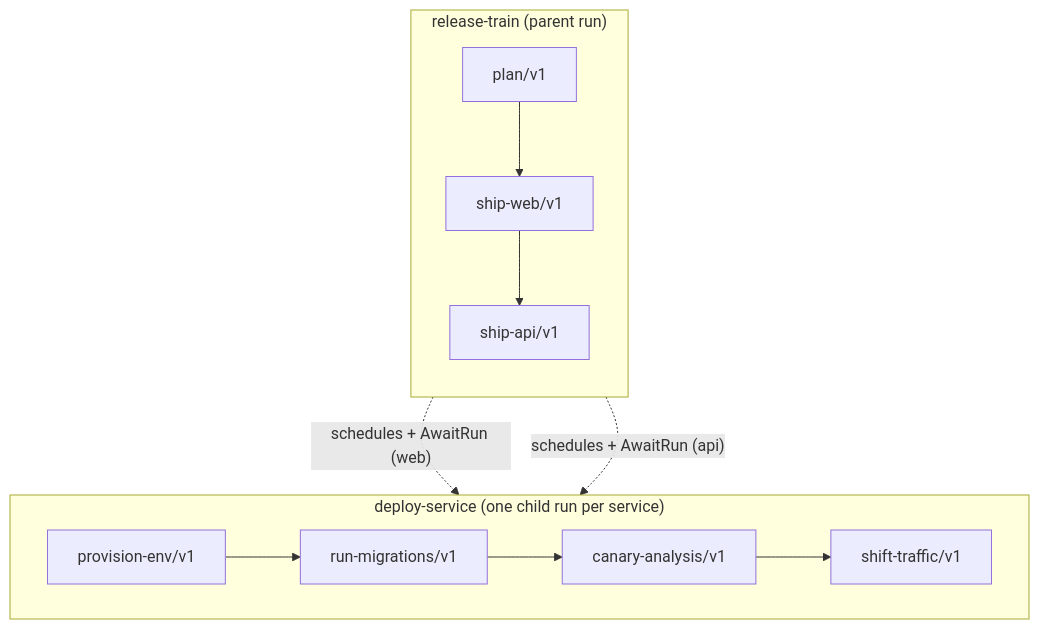
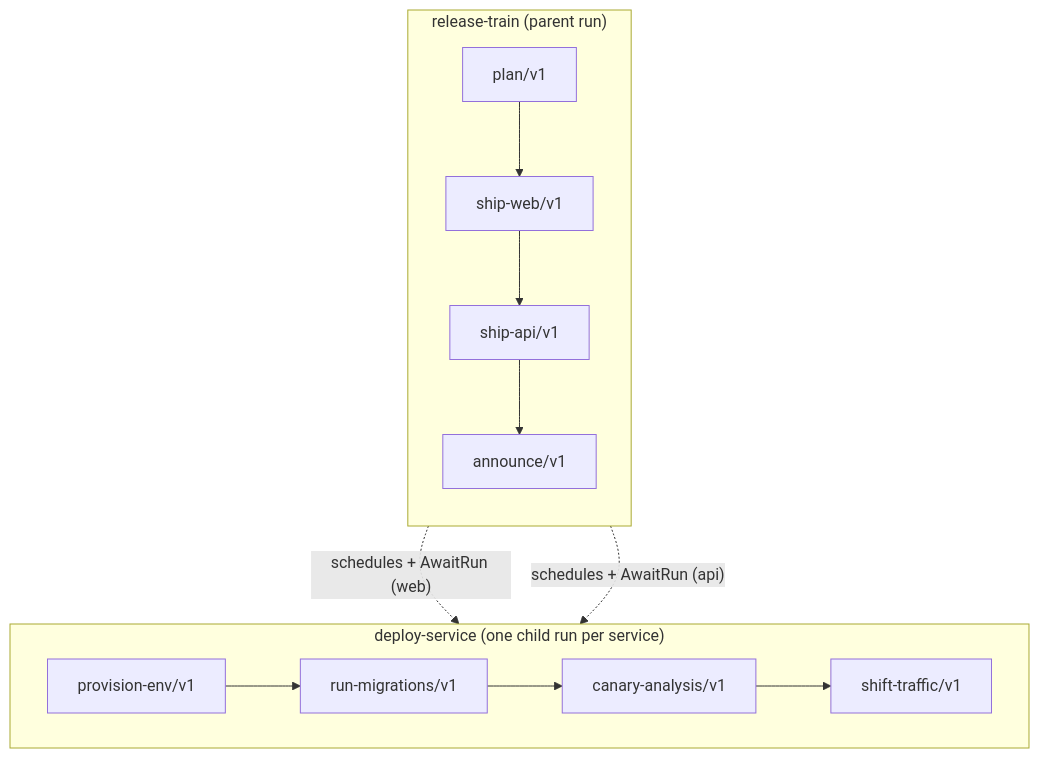
Before and after one commit to dangra/durable: the first of 2 diagrams in examples/release-train/README.md, drawn with Mermaid. The commit also changed other lines of this file and 8 other files, not shown here.

````diff
--- a/examples/release-train/README.md
+++ b/examples/release-train/README.md
@@ -19,15 +19,15 @@
 ```mermaid
 flowchart TB
     subgraph train["release-train (parent run)"]
         direction TB
-        P[plan/v1] --> SW[ship-web/v1] --> SA[ship-api/v1]
+        P[plan/v1] --> SW[ship-web/v1] --> SA[ship-api/v1] --> AN[announce/v1]
     end
 
     subgraph deploy["deploy-service (one child run per service)"]
         direction LR
         A[provision-env/v1] --> B[run-migrations/v1] --> C[canary-analysis/v1] --> D[shift-traffic/v1]
     end
 
     SW -. "schedules + AwaitRun (web)" .-> A
     SA -. "schedules + AwaitRun (api)" .-> A
 ```
````
